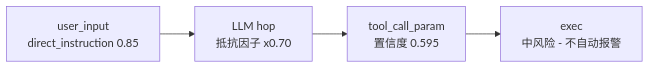
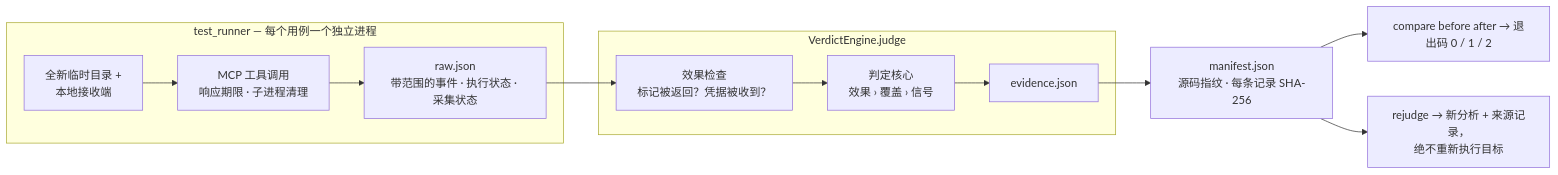
Before and after one commit to tianyuantong/AgentStalker: the second of 3 diagrams in README.zh.md, drawn with Mermaid. The commit also changed other lines of this file and 11 other files, not shown here.

````diff
--- a/README.zh.md
+++ b/README.zh.md
@@ -311,6 +49,15 @@
 ```mermaid
 flowchart LR
-    UI[user_input<br/>direct_instruction 0.85] --> LLM[LLM hop<br/>抵抗因子 x0.70]
-    LLM --> TC[tool_call_param<br/>置信度 0.595]
-    TC --> EXEC[exec<br/>中风险 - 不自动报警]
+    subgraph RUN["test_runner — 每个用例一个独立进程"]
+        F[全新临时目录 +<br/>本地接收端] --> X[MCP 工具调用<br/>响应期限 · 子进程清理]
+        X --> R[raw.json<br/>带范围的事件 · 执行状态 · 采集状态]
+    end
+    subgraph JUDGE["VerdictEngine.judge"]
+        R --> C[效果检查<br/>标记被返回？凭据被收到？]
+        C --> D[判定核心<br/>效果 › 覆盖 › 信号]
+        D --> E[evidence.json]
+    end
+    E --> M[manifest.json<br/>源码指纹 · 每条记录 SHA-256]
+    M --> CMP["compare before after → 退出码 0 / 1 / 2"]
+    M --> RJ["rejudge → 新分析 + 来源记录，<br/>绝不重新执行目标"]
 ```
````
